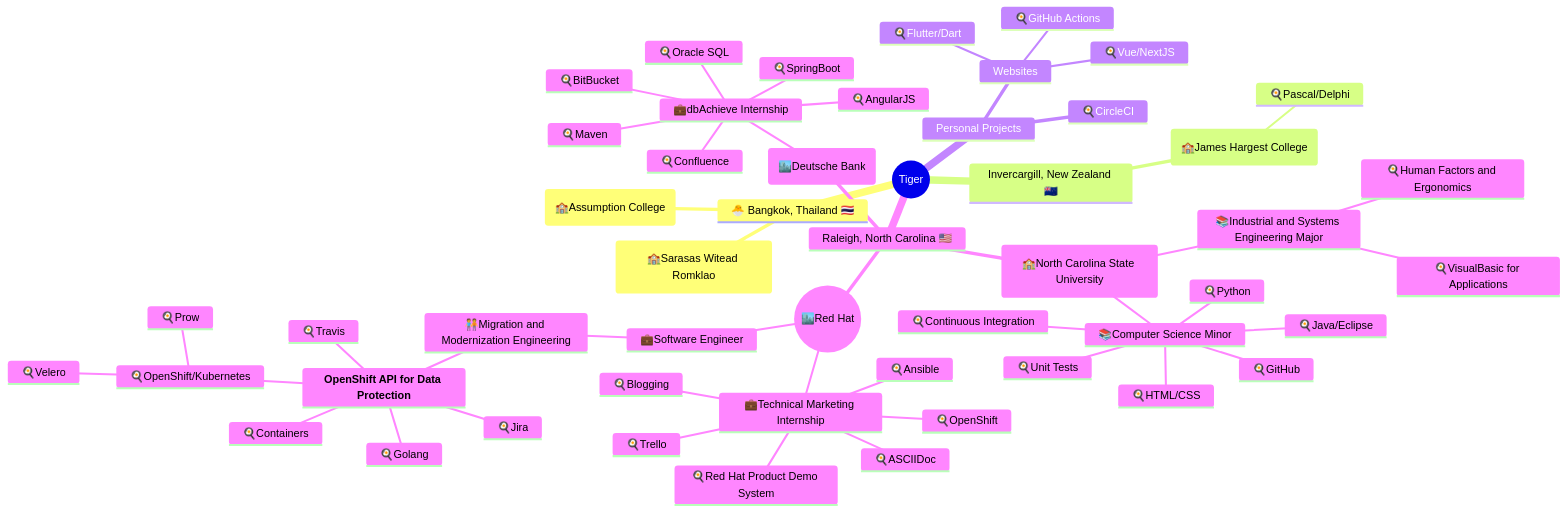
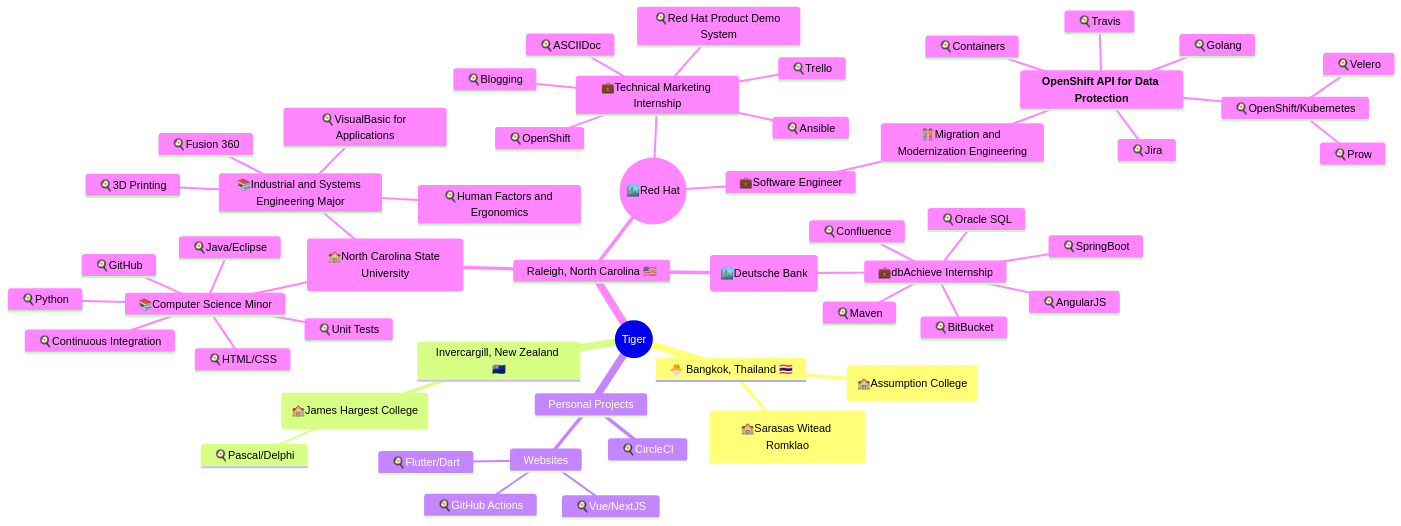
One commit to kaovilai/kaovilai changed the diagram in README.md. Above: the diagram before and after it, drawn with Mermaid.

````diff
--- a/README.md
+++ b/README.md
@@ -23,54 +23,56 @@
 ```mermaid
 mindmap
   root((Tiger))
     🐣 Bangkok, Thailand 🇹🇭
         (🏫Sarasas Witead Romklao)
         (🏫Assumption College)
     Invercargill, New Zealand 🇳🇿
         (🏫James Hargest College)
             🍳Pascal/Delphi
     Personal Projects
         Websites
             🍳Flutter/Dart
             🍳Vue/NextJS
             🍳GitHub Actions
         🍳CircleCI
     Raleigh, North Carolina 🇺🇸
         (🏫North Carolina State University)
             📚Computer Science Minor
                 🍳Java/Eclipse
                 🍳Python
                 🍳Unit Tests
                 🍳Continuous Integration
                 🍳HTML/CSS
                 🍳GitHub
             📚Industrial and Systems Engineering Major
                 🍳Human Factors and Ergonomics
                 🍳VisualBasic for Applications
+                🍳Fusion 360
+                🍳3D Printing
         ((🏙️Red Hat))
             💼Technical Marketing Internship
                 🍳Red Hat Product Demo System
                 🍳ASCIIDoc
                 🍳OpenShift
                 🍳Blogging
                 🍳Ansible
                 🍳Trello
            💼Software Engineer
                 🧑‍🤝‍🧑Migration and Modernization Engineering
                     **OpenShift API for Data Protection**
                         🍳Golang
                         🍳Containers
                         🍳OpenShift/Kubernetes
                             🍳Prow
                             🍳Velero
                         🍳Jira
                         🍳Travis
         (🏙️Deutsche Bank)
             💼dbAchieve Internship
                 🍳SpringBoot
                 🍳Maven
                 🍳Confluence
                 🍳Oracle SQL
                 🍳AngularJS
                 🍳BitBucket
 ```
````
